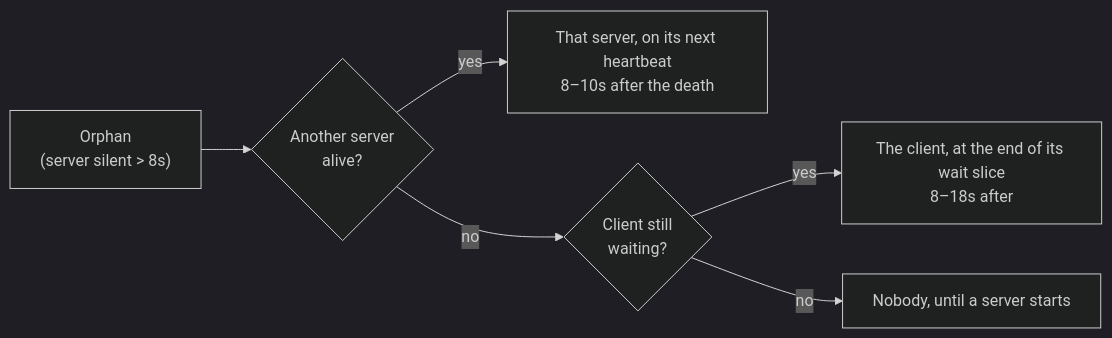
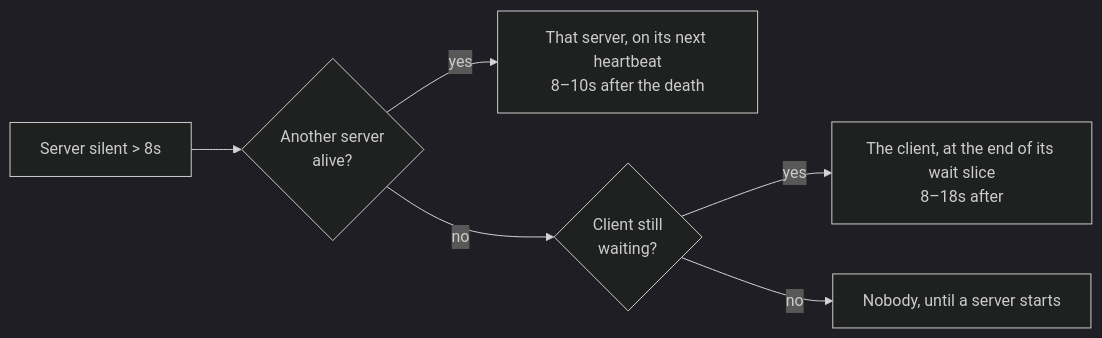
Before and after one commit to KaiqueBahmad/anycall: the diagram in docs/reaping.md, drawn with Mermaid (dark theme). The commit also changed other lines of this file and 6 other files, not shown here.

````diff
--- a/docs/reaping.md
+++ b/docs/reaping.md
@@ -55,8 +55,8 @@
 ```mermaid
 flowchart LR
-    O["Orphan<br/>(server silent > 8s)"] --> Q1{"Another server<br/>alive?"}
+    O["Server silent > 8s"] --> Q1{"Another server<br/>alive?"}
     Q1 -- yes --> S["That server, on its next heartbeat<br/>8–10s after the death"]
     Q1 -- no --> Q2{"Client still<br/>waiting?"}
     Q2 -- yes --> W["The client, at the end of its wait slice<br/>8–18s after"]
     Q2 -- no --> N["Nobody, until a server starts"]
 ```
````
